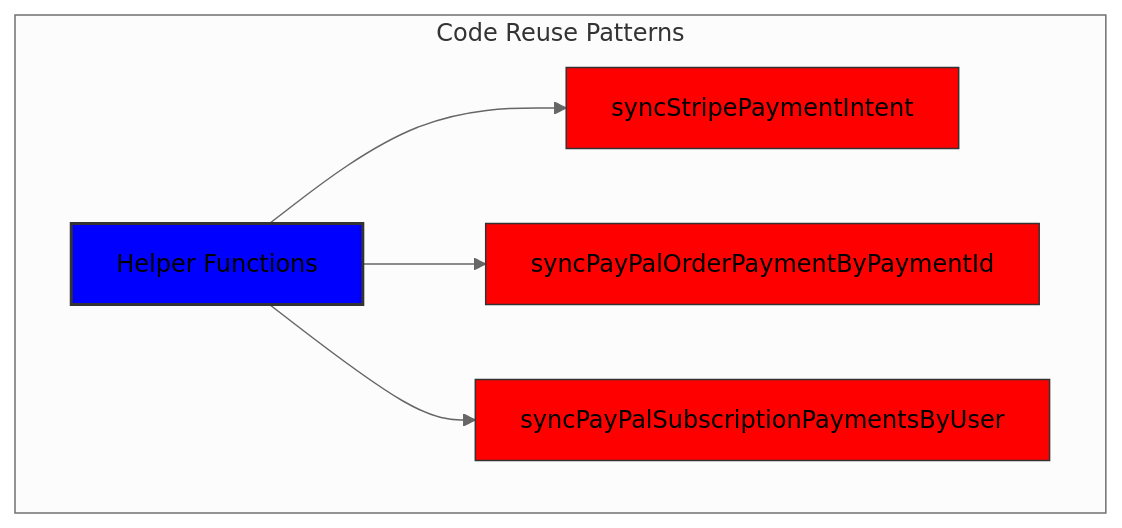
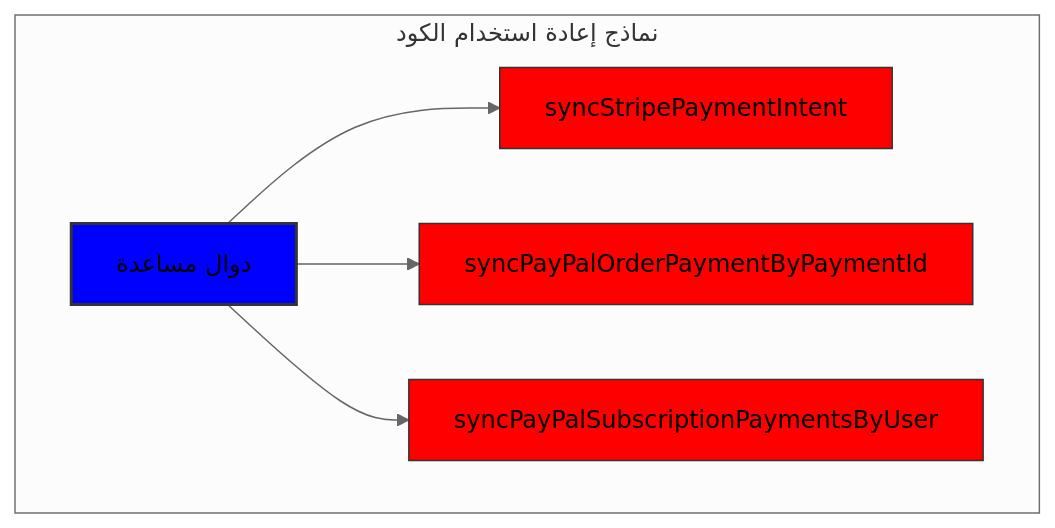
The third of 7 diagrams in app/views/docs/building-reliable-payment-system-stripe-paypal/index-ar.md (forwardemail/forwardemail.net), drawn with Mermaid (neutral theme) before and after one commit. The commit also changed other lines of this file and 1055 other files, not shown here.

````diff
--- a/app/views/docs/building-reliable-payment-system-stripe-paypal/index-ar.md
+++ b/app/views/docs/building-reliable-payment-system-stripe-paypal/index-ar.md
@@ -596,14 +600,14 @@
 ```mermaid
 graph TD
-    subgraph "Code Reuse Patterns"
-        A[Helper Functions] --> B[syncStripePaymentIntent]
+    subgraph "نماذج إعادة استخدام الكود"
+        A[دوال مساعدة] --> B[syncStripePaymentIntent]
         A --> C[syncPayPalOrderPaymentByPaymentId]
         A --> D[syncPayPalSubscriptionPaymentsByUser]
     end
 
     classDef primary fill:blue,stroke:#333,stroke-width:2px;
     classDef secondary fill:red,stroke:#333,stroke-width:1px;
 
     class A,P,V primary;
     class B,C,D,E,I,L,Q,R,S,W,X,Y,Z secondary;
 ```
````
